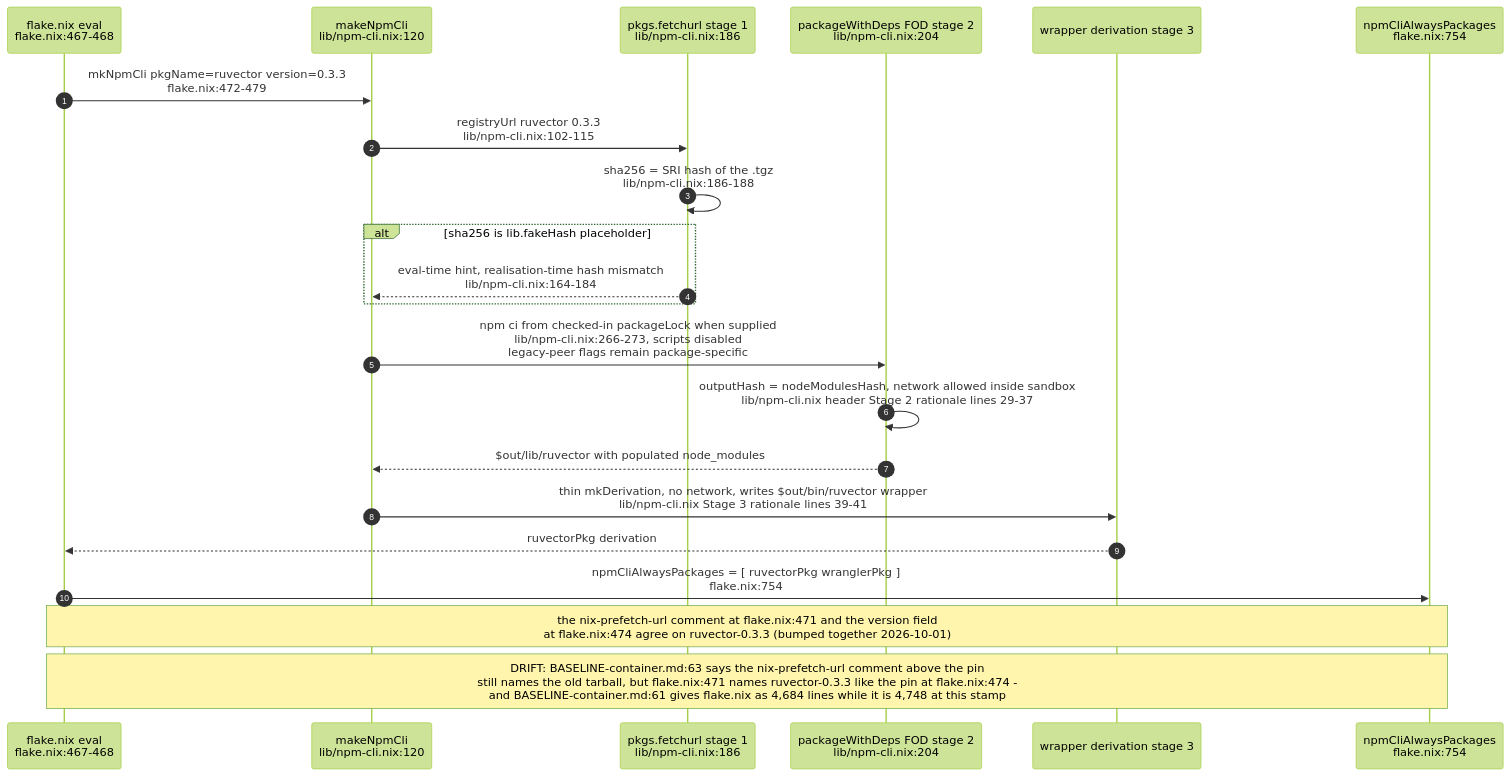
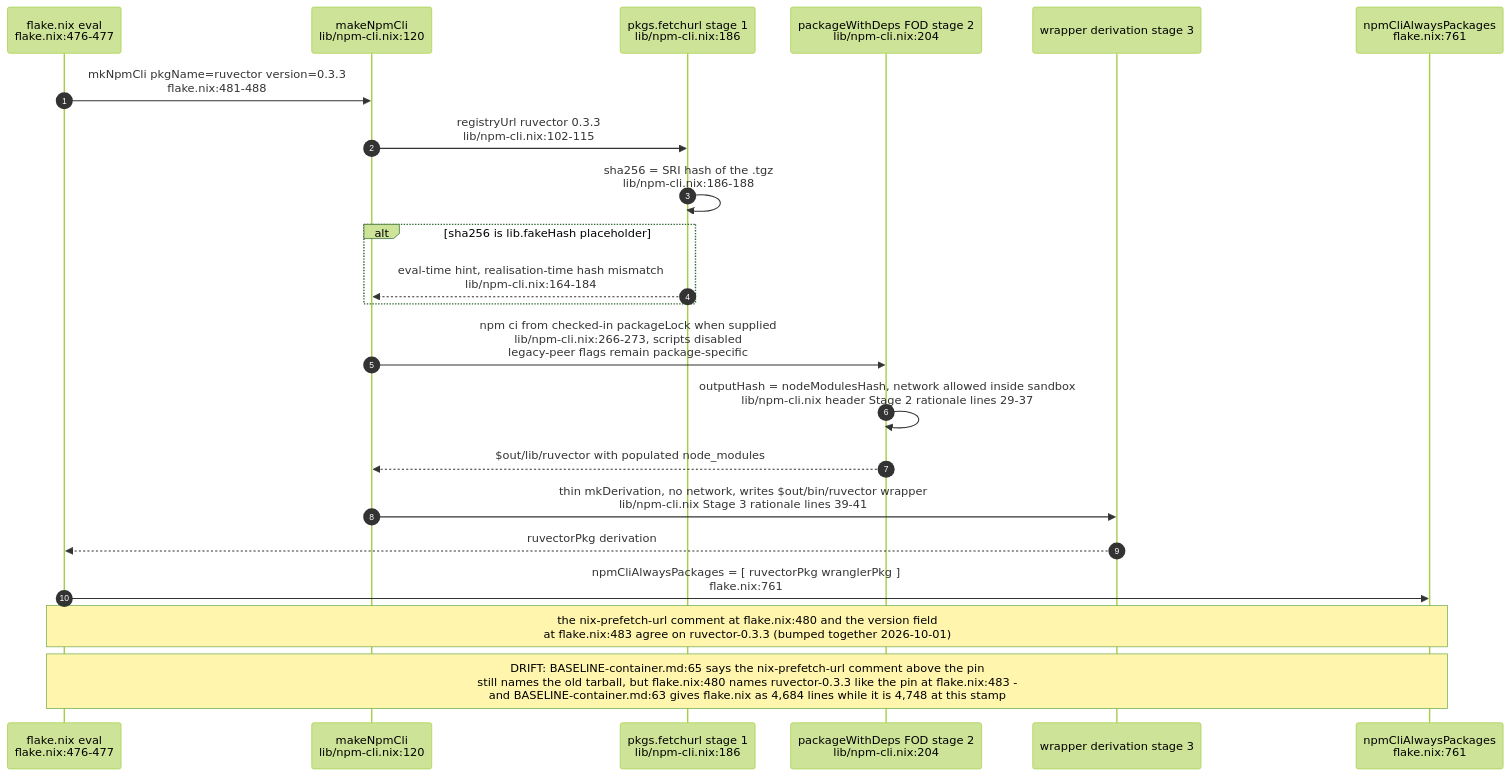
The fifth of 10 diagrams in docs/diagrams/agentbox/01-nix-flake-composition.md (DreamLab-AI/VisionFlow), drawn with Mermaid (forest theme) before and after one commit. The commit also changed other lines of this file and 36 other files, not shown here.

First line of the commit message:
docs(diagrams): re-derive and re-stamp agentbox, dream-engine, visioncraft, visiontouch and vowl topics; drop LAN addresses

````diff
--- a/docs/diagrams/agentbox/01-nix-flake-composition.md
+++ b/docs/diagrams/agentbox/01-nix-flake-composition.md
@@ -261,25 +261,25 @@
 ```mermaid
 sequenceDiagram
     autonumber
-    participant FLAKE as flake.nix eval<br/>flake.nix:467-468
+    participant FLAKE as flake.nix eval<br/>flake.nix:476-477
     participant MK as makeNpmCli<br/>lib/npm-cli.nix:120
     participant FETCH as pkgs.fetchurl stage 1<br/>lib/npm-cli.nix:186
     participant FOD as packageWithDeps FOD stage 2<br/>lib/npm-cli.nix:204
     participant WRAP as wrapper derivation stage 3
-    participant ALWAYS as npmCliAlwaysPackages<br/>flake.nix:754
+    participant ALWAYS as npmCliAlwaysPackages<br/>flake.nix:761
 
-    FLAKE->>MK: mkNpmCli pkgName=ruvector version=0.3.3<br/>flake.nix:472-479
+    FLAKE->>MK: mkNpmCli pkgName=ruvector version=0.3.3<br/>flake.nix:481-488
     MK->>FETCH: registryUrl ruvector 0.3.3<br/>lib/npm-cli.nix:102-115
     FETCH->>FETCH: sha256 = SRI hash of the .tgz<br/>lib/npm-cli.nix:186-188
     alt sha256 is lib.fakeHash placeholder
         FETCH-->>MK: eval-time hint, realisation-time hash mismatch<br/>lib/npm-cli.nix:164-184
     end
     MK->>FOD: npm ci from checked-in packageLock when supplied<br/>lib/npm-cli.nix:266-273, scripts disabled<br/>legacy-peer flags remain package-specific
     FOD->>FOD: outputHash = nodeModulesHash, network allowed inside sandbox<br/>lib/npm-cli.nix header Stage 2 rationale lines 29-37
     FOD-->>MK: $out/lib/ruvector with populated node_modules
     MK->>WRAP: thin mkDerivation, no network, writes $out/bin/ruvector wrapper<br/>lib/npm-cli.nix Stage 3 rationale lines 39-41
     WRAP-->>FLAKE: ruvectorPkg derivation
-    FLAKE->>ALWAYS: npmCliAlwaysPackages = [ ruvectorPkg wranglerPkg ]<br/>flake.nix:754
-    Note over FLAKE,ALWAYS: the nix-prefetch-url comment at flake.nix:471 and the version field<br/>at flake.nix:474 agree on ruvector-0.3.3 (bumped together 2026-10-01)
-    Note over FLAKE,ALWAYS: DRIFT: BASELINE-container.md:63 says the nix-prefetch-url comment above the pin<br/>still names the old tarball, but flake.nix:471 names ruvector-0.3.3 like the pin at flake.nix:474 -<br/>and BASELINE-container.md:61 gives flake.nix as 4,684 lines while it is 4,748 at this stamp
+    FLAKE->>ALWAYS: npmCliAlwaysPackages = [ ruvectorPkg wranglerPkg ]<br/>flake.nix:761
+    Note over FLAKE,ALWAYS: the nix-prefetch-url comment at flake.nix:480 and the version field<br/>at flake.nix:483 agree on ruvector-0.3.3 (bumped together 2026-10-01)
+    Note over FLAKE,ALWAYS: DRIFT: BASELINE-container.md:65 says the nix-prefetch-url comment above the pin<br/>still names the old tarball, but flake.nix:480 names ruvector-0.3.3 like the pin at flake.nix:483 -<br/>and BASELINE-container.md:63 gives flake.nix as 4,684 lines while it is 4,748 at this stamp
 ```
````
